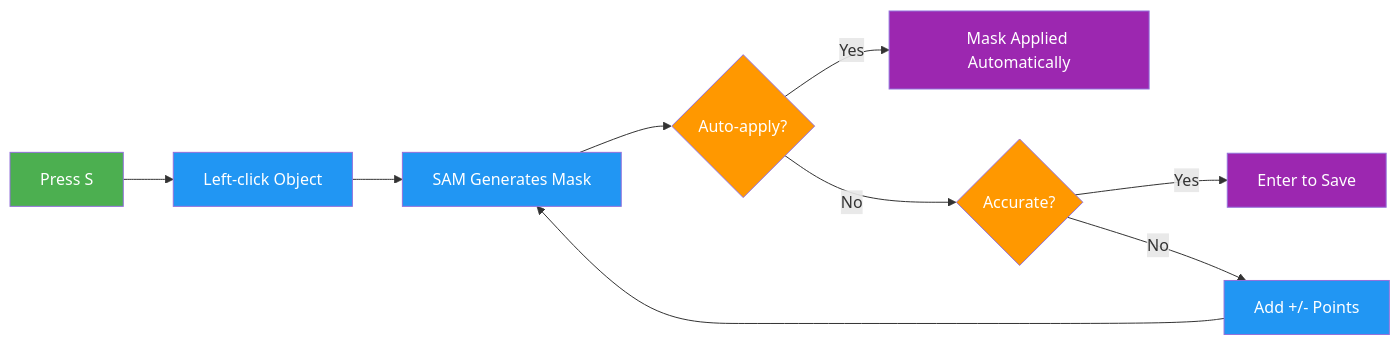
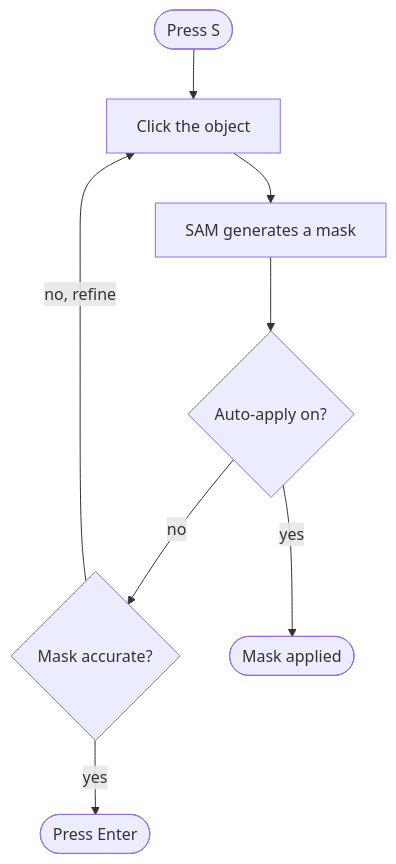
The third of 3 diagrams in docs/en/platform/data/annotation.md (ultralytics/ultralytics), drawn with Mermaid before and after one commit. The commit also changed other lines of this file and 20 other files, not shown here.

Commit message:
Migrate docs Mermaid diagrams to the unified design system (#26573)

````diff
--- a/docs/en/platform/data/annotation.md
+++ b/docs/en/platform/data/annotation.md
@@ -263,16 +253,10 @@
 ```mermaid
-graph LR
-    A[Press S]:::start --> B[Left-click Object]:::proc
-    B --> C[SAM Generates Mask]:::proc
-    C --> D{Auto-apply?}:::decide
-    D -->|Yes| E[Mask Applied Automatically]:::out
-    D -->|No| F{Accurate?}:::decide
-    F -->|Yes| G[Enter to Save]:::out
-    F -->|No| H[Add +/- Points]:::proc
-    H --> C
-
-    classDef start fill:#4CAF50,color:#fff
-    classDef proc fill:#2196F3,color:#fff
-    classDef decide fill:#FF9800,color:#fff
-    classDef out fill:#9C27B0,color:#fff
+flowchart TD
+    A([Press S]) --> B[Click the object]
+    B --> C[SAM generates a mask]
+    C --> D{Auto-apply on?}
+    D -->|no| F{Mask accurate?}
+    D -->|yes| E([Mask applied])
+    F -->|yes| G([Press Enter])
+    F -->|no, refine| B
 ```
````
